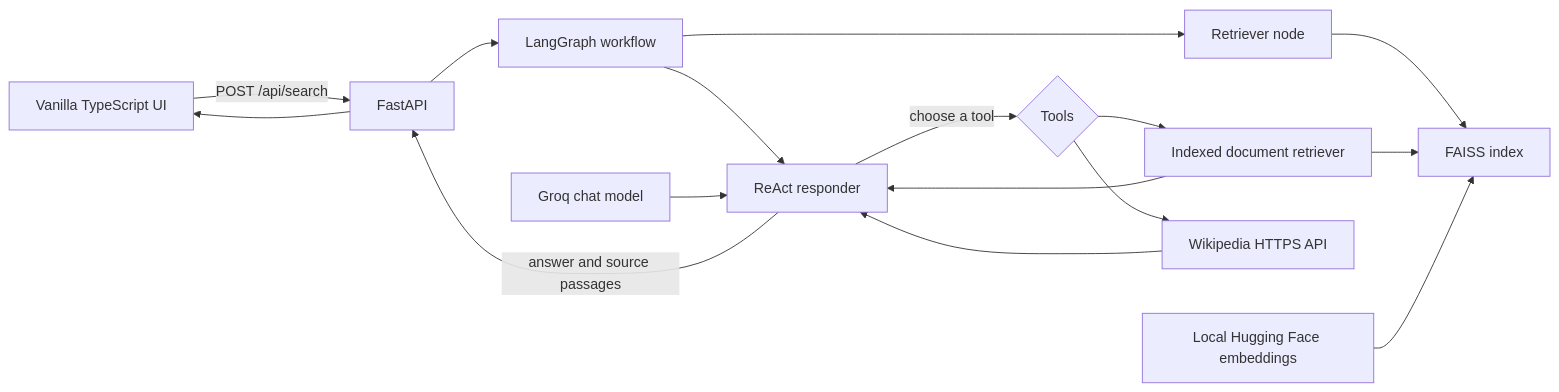
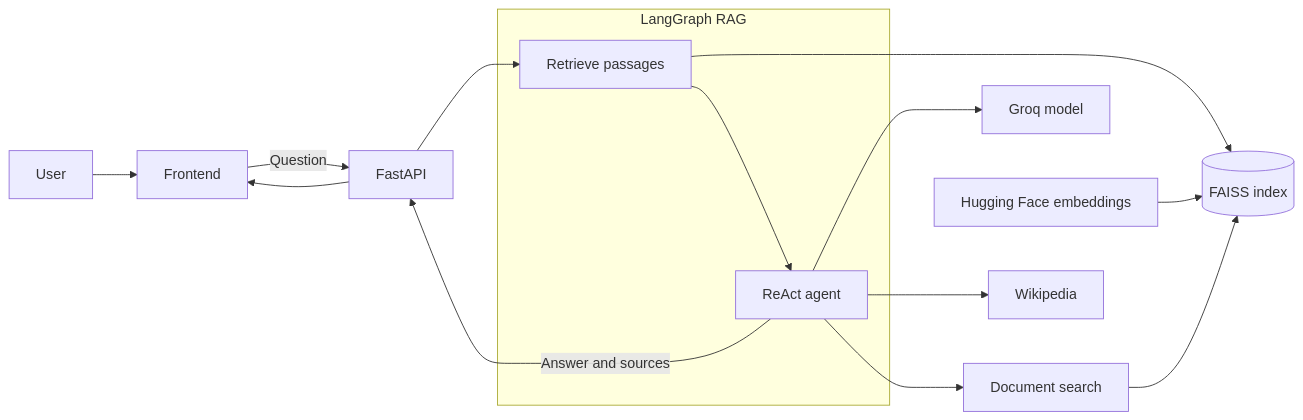
One commit to proindra/ContextIQ.ai changed the diagram in README.md. Above: the diagram before and after it, drawn with Mermaid. The commit also changed other lines of this file, not shown here.

Commit message:
docs: simplify RAG architecture diagram

````diff
--- a/README.md
+++ b/README.md
@@ -149,18 +149,17 @@
 ```mermaid
 flowchart LR
-    U[Vanilla TypeScript UI] -->|POST /api/search| F[FastAPI]
-    F --> G[LangGraph workflow]
-    G --> R[Retriever node]
-    R --> V[FAISS index]
-    G --> A[ReAct responder]
-    A -->|choose a tool| T{Tools}
-    T --> RT[Indexed document retriever]
-    T --> W[Wikipedia HTTPS API]
-    RT --> V
-    RT --> A
-    W --> A
-    A -->|answer and source passages| F
-    F --> U
-    E[Local Hugging Face embeddings] --> V
-    L[Groq chat model] --> A
+    User --> UI[Frontend]
+    UI -->|Question| API[FastAPI]
+    API --> Retriever
+    subgraph Workflow["LangGraph RAG"]
+        Retriever[Retrieve passages] --> Agent[ReAct agent]
+    end
+    Retriever --> Index[(FAISS index)]
+    Embeddings[Hugging Face embeddings] --> Index
+    Agent --> Groq[Groq model]
+    Agent --> Docs[Document search]
+    Agent --> Wiki[Wikipedia]
+    Docs --> Index
+    Agent -->|Answer and sources| API
+    API --> UI
 ```
````
